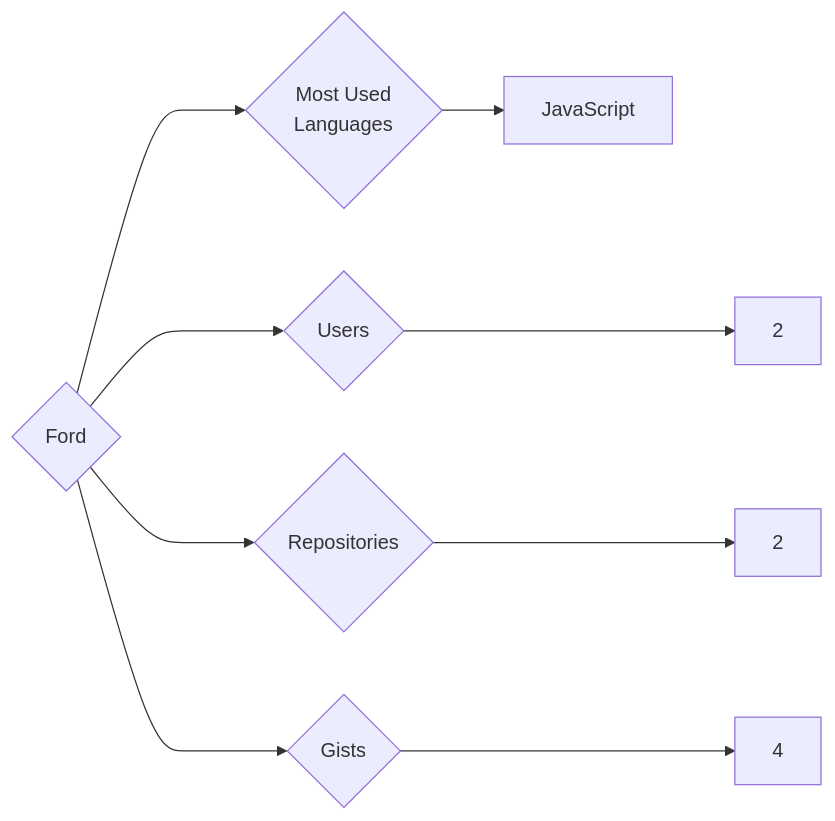
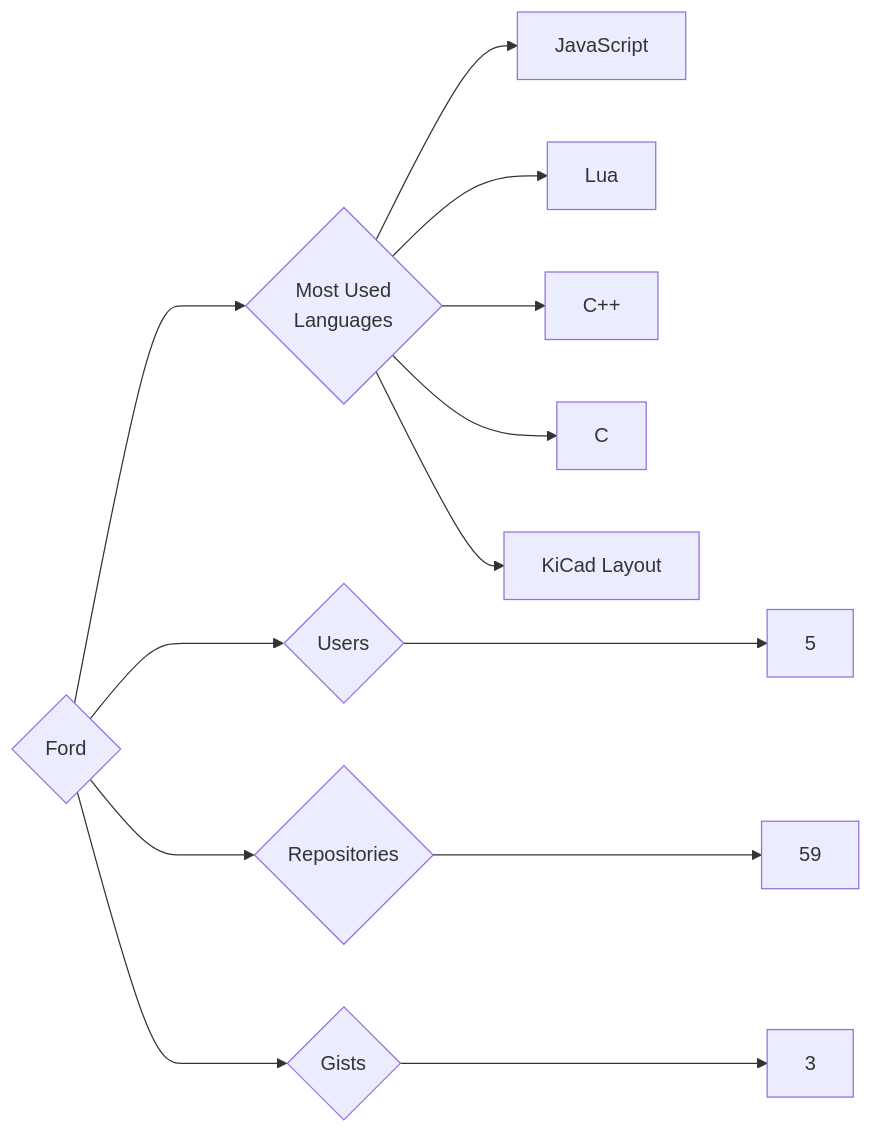
One commit to trickest/insiders changed the diagram in targets/Ford/README.md. Above: the diagram before and after it, drawn with Mermaid. The commit also changed 1055 other files, not shown here.

````diff
--- a/targets/Ford/README.md
+++ b/targets/Ford/README.md
@@ -3,9 +3,13 @@
 ```mermaid
 graph LR
 COMPANY_NAME{Ford}
-COMPANY_NAME ---> U{Users} ---> UN[2]
-COMPANY_NAME ---> R{Repositories} ---> RN[2]
-COMPANY_NAME ---> G{Gists} ---> GN[4]
+COMPANY_NAME ---> U{Users} ---> UN[5]
+COMPANY_NAME ---> R{Repositories} ---> RN[59]
+COMPANY_NAME ---> G{Gists} ---> GN[3]
 COMPANY_NAME ---> ML{Most Used<br>Languages}
 ML --> JavaScript[JavaScript]
+ML --> Lua[Lua]
+ML --> C++[C++]
+ML --> C[C]
+ML --> KiCad_Layout[KiCad Layout]
 ```
````
